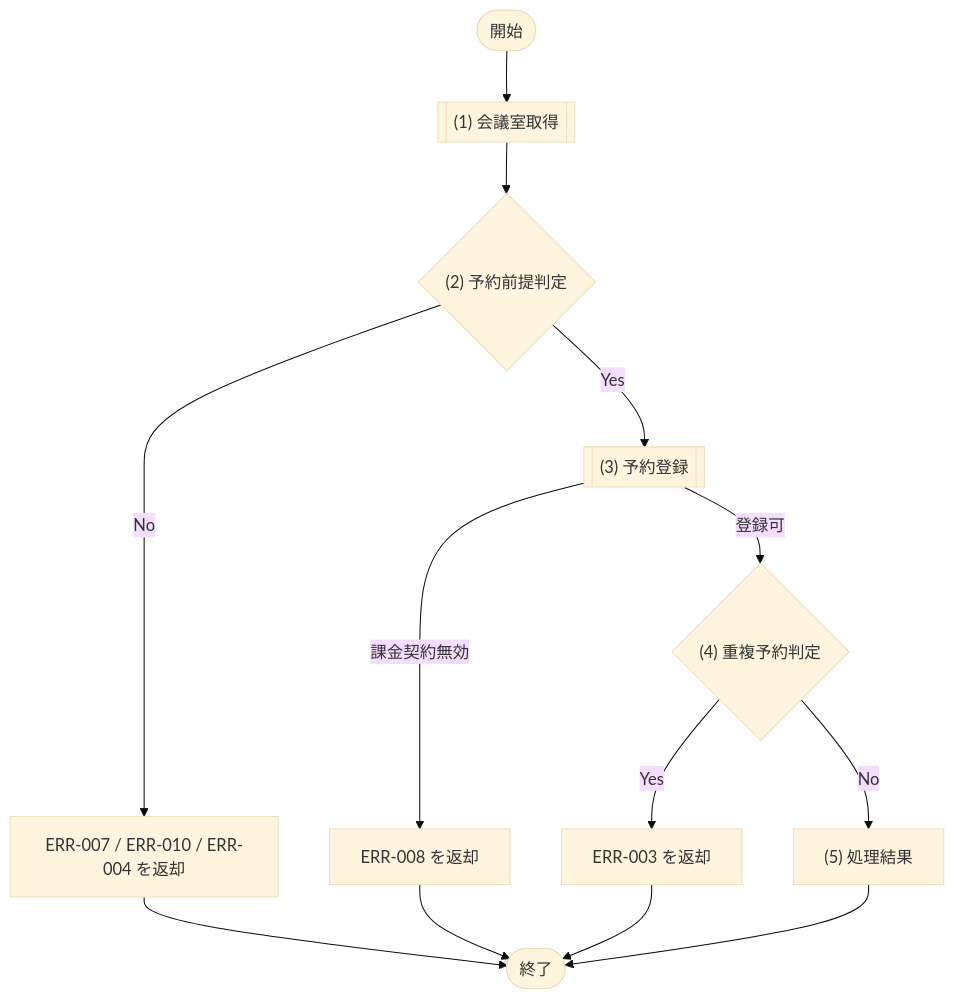
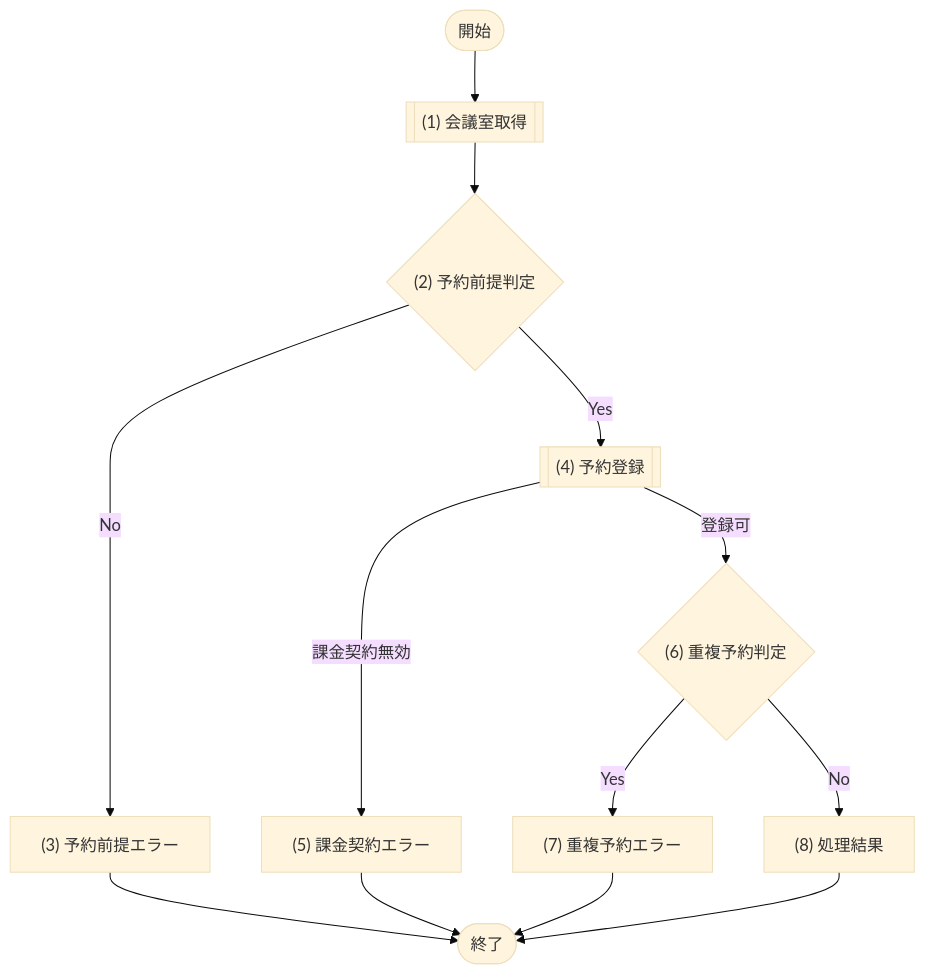
The diagram in docs/03_機能設計/03_API設計/API-003_予約登録.md (sikakou54/system-document-template), drawn with Mermaid (base theme) before and after one commit. The commit also changed other lines of this file and 32 other files, not shown here.

````diff
--- a/docs/03_機能設計/03_API設計/API-003_予約登録.md
+++ b/docs/03_機能設計/03_API設計/API-003_予約登録.md
@@ -43,21 +43,21 @@
 ```mermaid
 flowchart TD
   Start([開始])
   P1[["(1) 会議室取得"]]
   D1{"(2) 予約前提判定"}
-  E1["ERR-007 / ERR-010 / ERR-004 を返却"]
-  P2[["(3) 予約登録"]]
-  E3["ERR-008 を返却"]
-  D2{"(4) 重複予約判定"}
-  E2["ERR-003 を返却"]
-  P3["(5) 処理結果"]
+  E1["(3) 予約前提エラー"]
+  P2[["(4) 予約登録"]]
+  E3["(5) 課金契約エラー"]
+  D2{"(6) 重複予約判定"}
+  E2["(7) 重複予約エラー"]
+  P3["(8) 処理結果"]
   End([終了])
 
   Start --> P1 --> D1
   D1 -- "No" --> E1 --> End
   D1 -- "Yes" --> P2
   P2 -- "課金契約無効" --> E3 --> End
   P2 -- "登録可" --> D2
   D2 -- "Yes" --> E2 --> End
   D2 -- "No" --> P3 --> End
 ```
````
